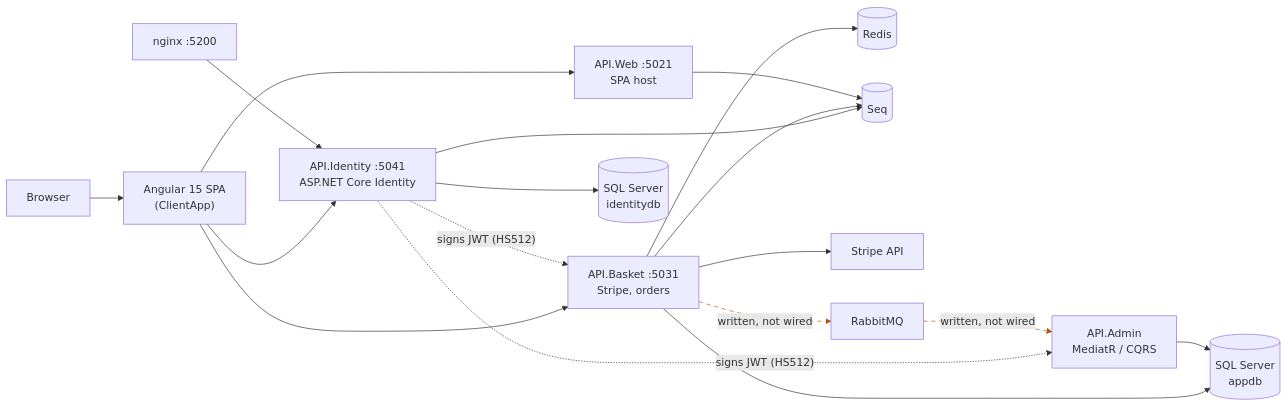
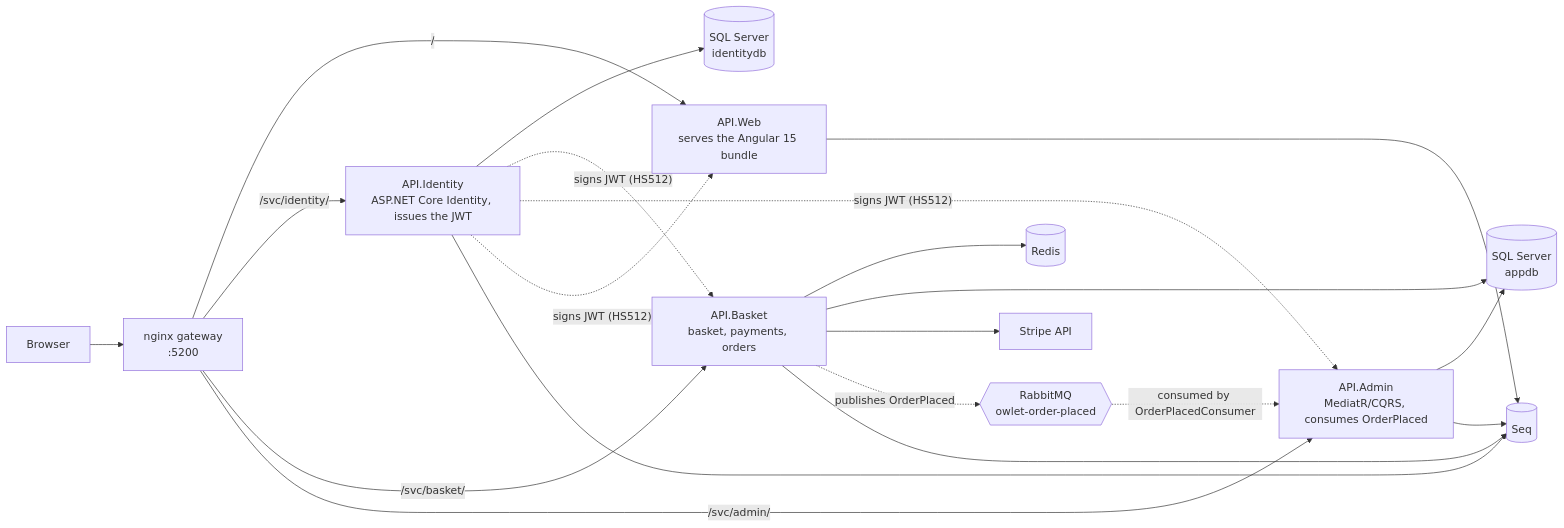
One commit to yurii-shchehliuk/ECommerce-Restaurant changed the diagram in README.md. Above: the diagram before and after it, drawn with Mermaid. The commit also changed other lines of this file and 2 other files, not shown here.

````diff
--- a/README.md
+++ b/README.md
@@ -57,36 +68,39 @@
 ```mermaid
 flowchart LR
     BR[Browser]
-    NG["Angular 15 SPA<br/>(ClientApp)"]
-    NX["nginx :5200"]
-    ID["API.Identity :5041<br/>ASP.NET Core Identity"]
-    BK["API.Basket :5031<br/>Stripe, orders"]
-    WEB["API.Web :5021<br/>SPA host"]
-    AD["API.Admin<br/>MediatR / CQRS"]
+    NX["nginx gateway<br/>:5200"]
+    WEB["API.Web<br/>serves the Angular 15 bundle"]
+    ID["API.Identity<br/>ASP.NET Core Identity, issues the JWT"]
+    BK["API.Basket<br/>basket, payments, orders"]
+    AD["API.Admin<br/>MediatR/CQRS, consumes OrderPlaced"]
     IDDB[("SQL Server<br/>identitydb")]
     APPDB[("SQL Server<br/>appdb")]
     RD[("Redis")]
+    MQ{{"RabbitMQ<br/>owlet-order-placed"}}
     SEQ[("Seq")]
     STRIPE["Stripe API"]
-    MQ["RabbitMQ"]
 
-    BR --> NG
-    NG --> WEB
-    NG --> ID
-    NG --> BK
-    NX --> ID
+    BR --> NX
+    NX -->|"/"| WEB
+    NX -->|"/svc/identity/"| ID
+    NX -->|"/svc/basket/"| BK
+    NX -->|"/svc/admin/"| AD
+
     ID --> IDDB
     BK --> RD
     BK --> APPDB
     BK --> STRIPE
     AD --> APPDB
+
+    BK -. "publishes OrderPlaced" .-> MQ
+    MQ -. "consumed by OrderPlacedConsumer" .-> AD
+
     ID -. "signs JWT (HS512)" .-> BK
     ID -. "signs JWT (HS512)" .-> AD
+    ID -. "signs JWT (HS512)" .-> WEB
+
     ID --> SEQ
     BK --> SEQ
+    AD --> SEQ
     WEB --> SEQ
-    BK -. "written, not wired" .-> MQ
-    MQ -. "written, not wired" .-> AD
-
-    linkStyle 15,16 stroke-dasharray:6 6,stroke:#b45309
 ```
````
